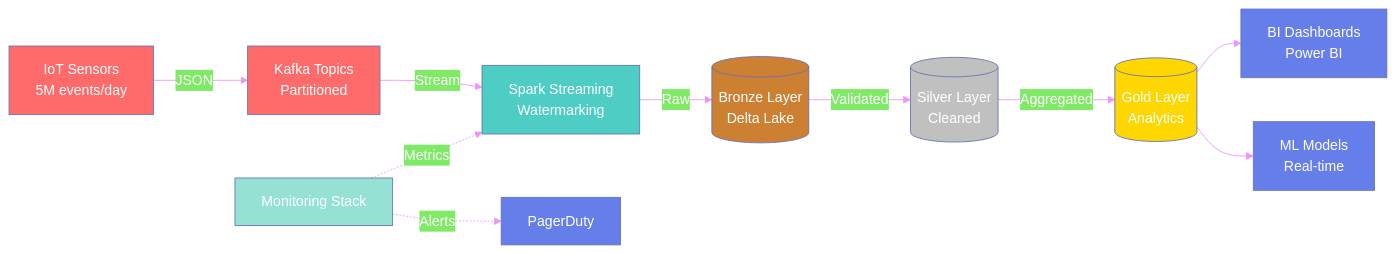
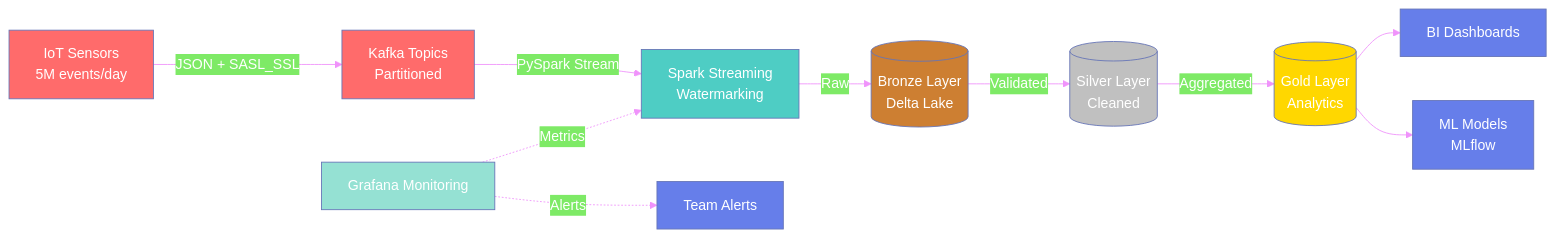
The second of 2 diagrams in README.md (mounish4882/data-engineering-patterns), drawn with Mermaid before and after one commit. The commit also changed other lines of this file, not shown here.

First line of the commit message:
feat: refine README with accurate technology stack

````diff
--- a/README.md
+++ b/README.md
@@ -340,23 +322,23 @@
 ```mermaid
 %%{init: {'theme':'base', 'themeVariables': { 'primaryColor':'#667eea','primaryTextColor':'#fff','lineColor':'#f093fb'}}}%%
 graph LR
-    A[IoT Sensors<br/>5M events/day] -->|JSON| B[Kafka Topics<br/>Partitioned]
-    B -->|Stream| C[Spark Streaming<br/>Watermarking]
+    A[IoT Sensors<br/>5M events/day] -->|JSON + SASL_SSL| B[Kafka Topics<br/>Partitioned]
+    B -->|PySpark Stream| C[Spark Streaming<br/>Watermarking]
     C -->|Raw| D[(Bronze Layer<br/>Delta Lake)]
     D -->|Validated| E[(Silver Layer<br/>Cleaned)]
     E -->|Aggregated| F[(Gold Layer<br/>Analytics)]
 
-    G[Monitoring Stack] -.->|Metrics| C
-    G -.->|Alerts| H[PagerDuty]
+    G[Grafana Monitoring] -.->|Metrics| C
+    G -.->|Alerts| H[Team Alerts]
 
-    F --> I[BI Dashboards<br/>Power BI]
-    F --> J[ML Models<br/>Real-time]
+    F --> I[BI Dashboards]
+    F --> J[ML Models<br/>MLflow]
 
     style A fill:#FF6B6B
     style B fill:#FF6B6B
     style C fill:#4ECDC4
     style D fill:#CD7F32
     style E fill:#C0C0C0
     style F fill:#FFD700
     style G fill:#95E1D3
 ```
````
